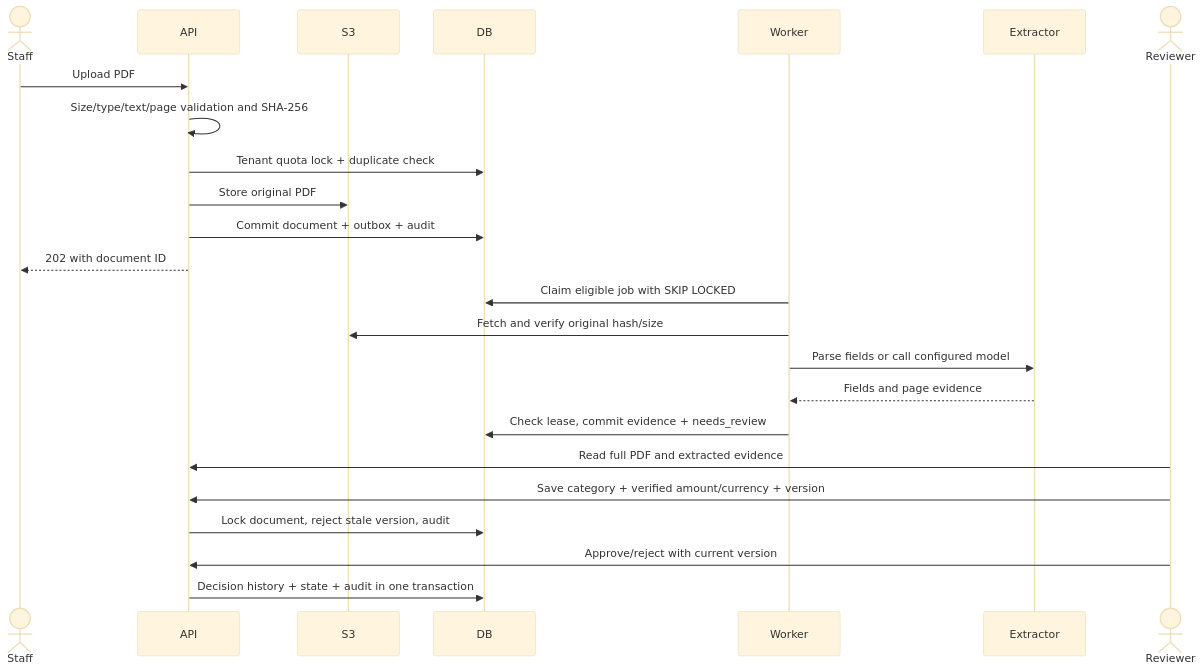
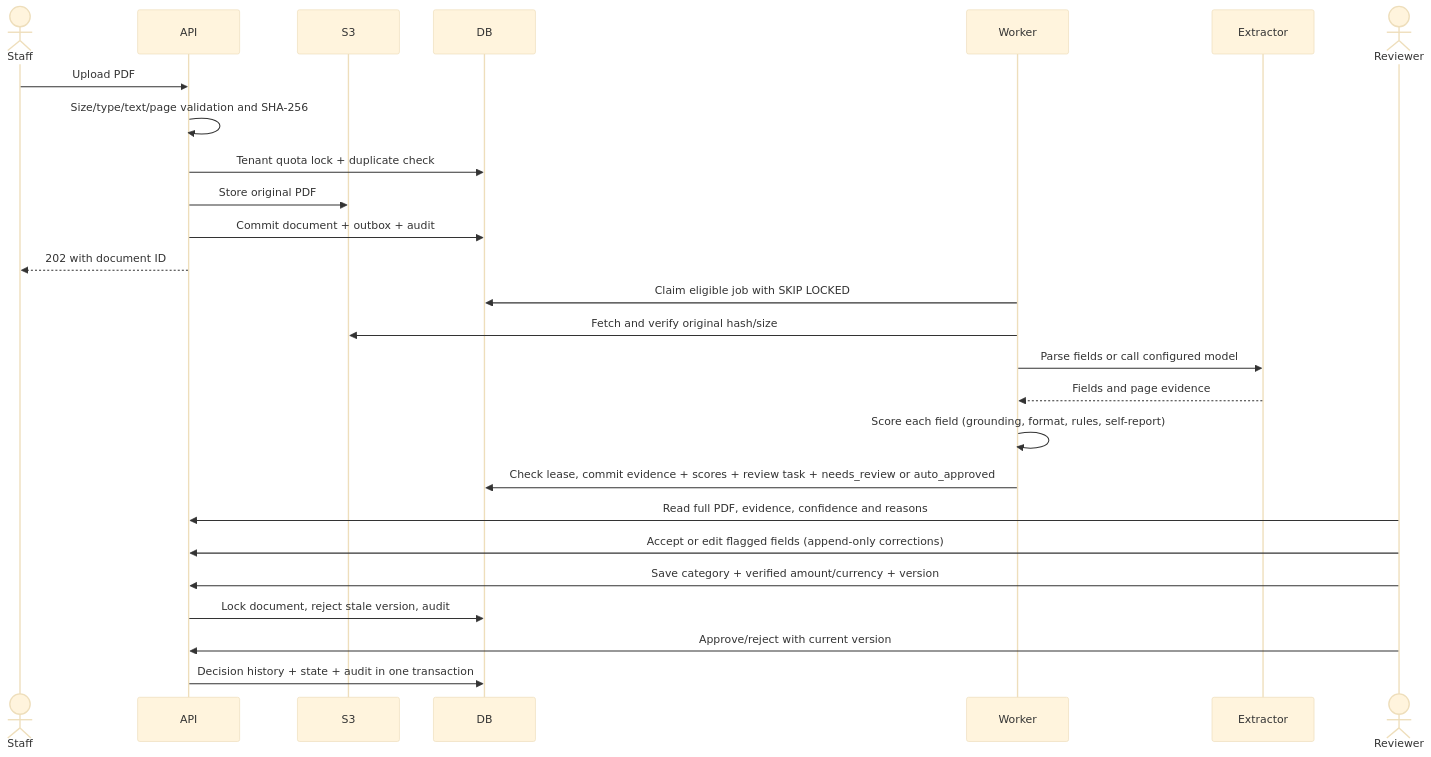
One commit to Abhinavsuri90/opspilot changed the fifth of 6 diagrams in SYSTEM_DESIGN.md. Above: the diagram before and after it, drawn with Mermaid (base theme). The commit also changed other lines of this file and 49 other files, not shown here.

````diff
--- a/SYSTEM_DESIGN.md
+++ b/SYSTEM_DESIGN.md
@@ -207,26 +216,28 @@
 ```mermaid
 sequenceDiagram
     actor Staff
     participant API
     participant S3
     participant DB
     participant Worker
     participant Extractor
     actor Reviewer
     Staff->>API: Upload PDF
     API->>API: Size/type/text/page validation and SHA-256
     API->>DB: Tenant quota lock + duplicate check
     API->>S3: Store original PDF
     API->>DB: Commit document + outbox + audit
     API-->>Staff: 202 with document ID
     Worker->>DB: Claim eligible job with SKIP LOCKED
     Worker->>S3: Fetch and verify original hash/size
     Worker->>Extractor: Parse fields or call configured model
     Extractor-->>Worker: Fields and page evidence
-    Worker->>DB: Check lease, commit evidence + needs_review
-    Reviewer->>API: Read full PDF and extracted evidence
+    Worker->>Worker: Score each field (grounding, format, rules, self-report)
+    Worker->>DB: Check lease, commit evidence + scores + review task + needs_review or auto_approved
+    Reviewer->>API: Read full PDF, evidence, confidence and reasons
+    Reviewer->>API: Accept or edit flagged fields (append-only corrections)
     Reviewer->>API: Save category + verified amount/currency + version
     API->>DB: Lock document, reject stale version, audit
     Reviewer->>API: Approve/reject with current version
     API->>DB: Decision history + state + audit in one transaction
 ```
````
